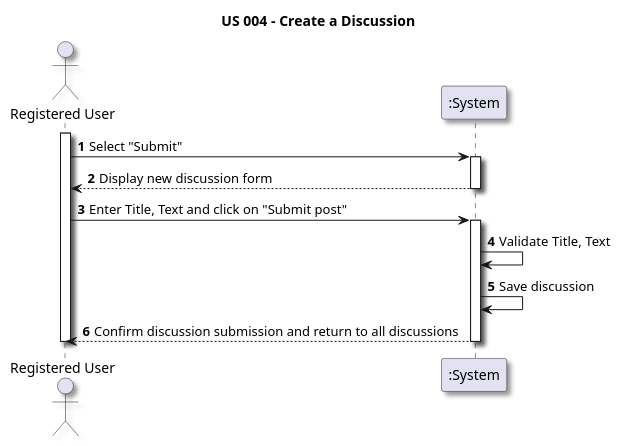
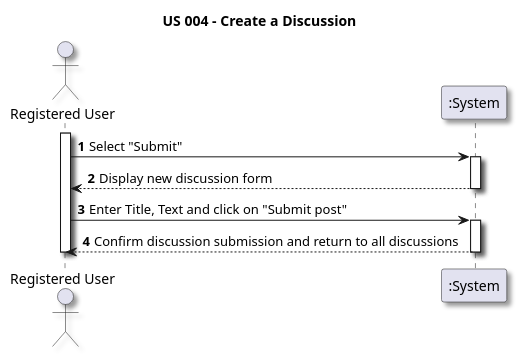
One commit to TiagoMagalhaes1232507/Testando-projeto changed the diagram in docs/sprint01/us004/01.requirements-engineering/puml/us004-system-sequence-diagram.puml. Above: the diagram before and after it, drawn with PlantUML. The commit also changed 6 other files, not shown here.

```diff
--- a/docs/sprint01/us004/01.requirements-engineering/puml/us004-system-sequence-diagram.puml
+++ b/docs/sprint01/us004/01.requirements-engineering/puml/us004-system-sequence-diagram.puml
@@ -1,32 +1,28 @@
 @startuml System Sequence Diagram (SSD)
 skinparam monochrome false
 skinparam packageStyle rectangle
 skinparam shadowing true
 
 title US 004 - Create a Discussion
 
 autonumber
 
 actor "Registered User" as User
 participant ":System" as System
 
 activate User
 
 User -> System : Select "Submit"
 activate System
 
 System --> User : Display new discussion form
 deactivate System
 
 User -> System : Enter Title, Text and click on "Submit post" 
 activate System
 
-System -> System : Validate Title, Text
-
-System -> System : Save discussion
-
 System --> User : Confirm discussion submission and return to all discussions
 deactivate System
 deactivate User
 
 @enduml
```
